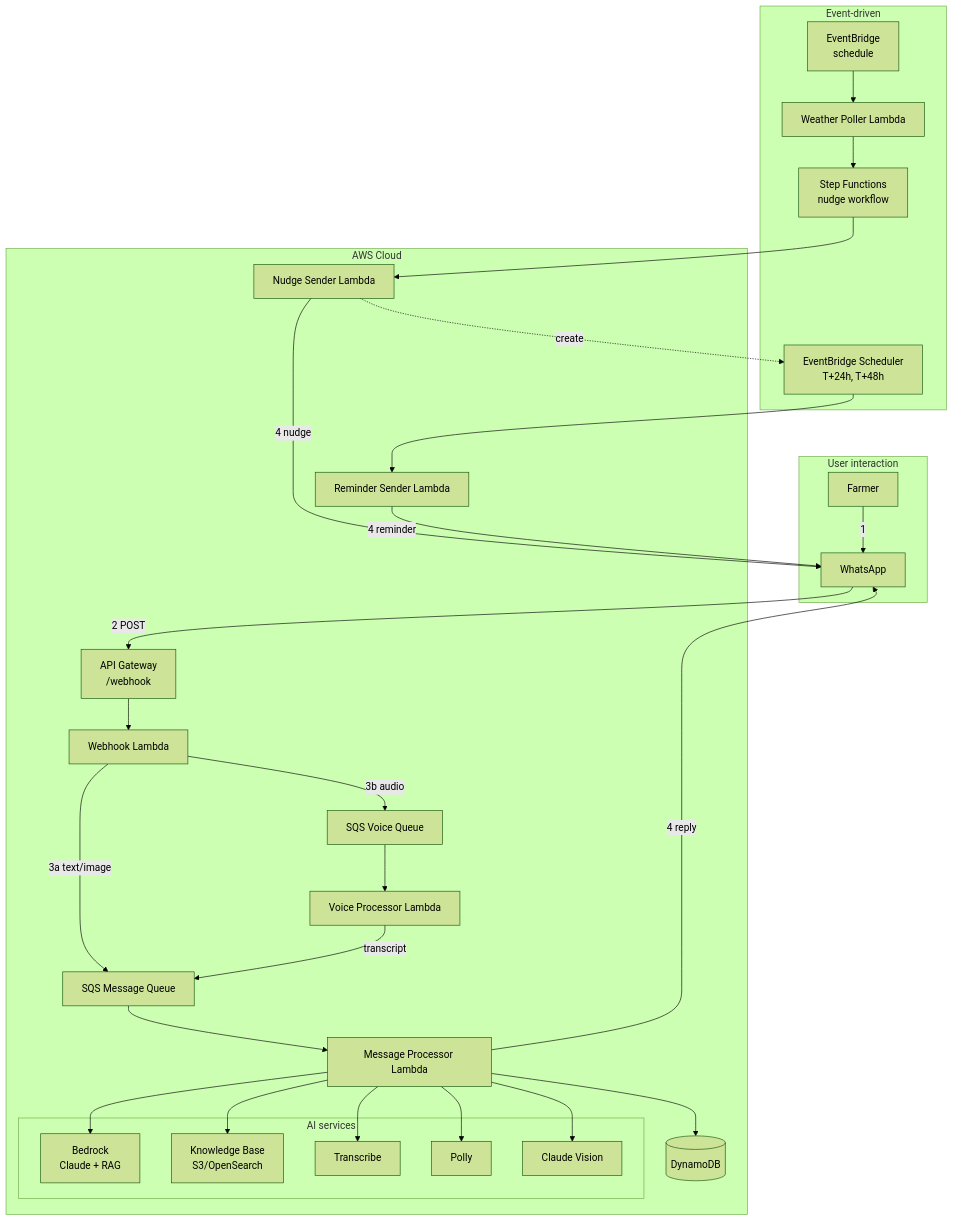
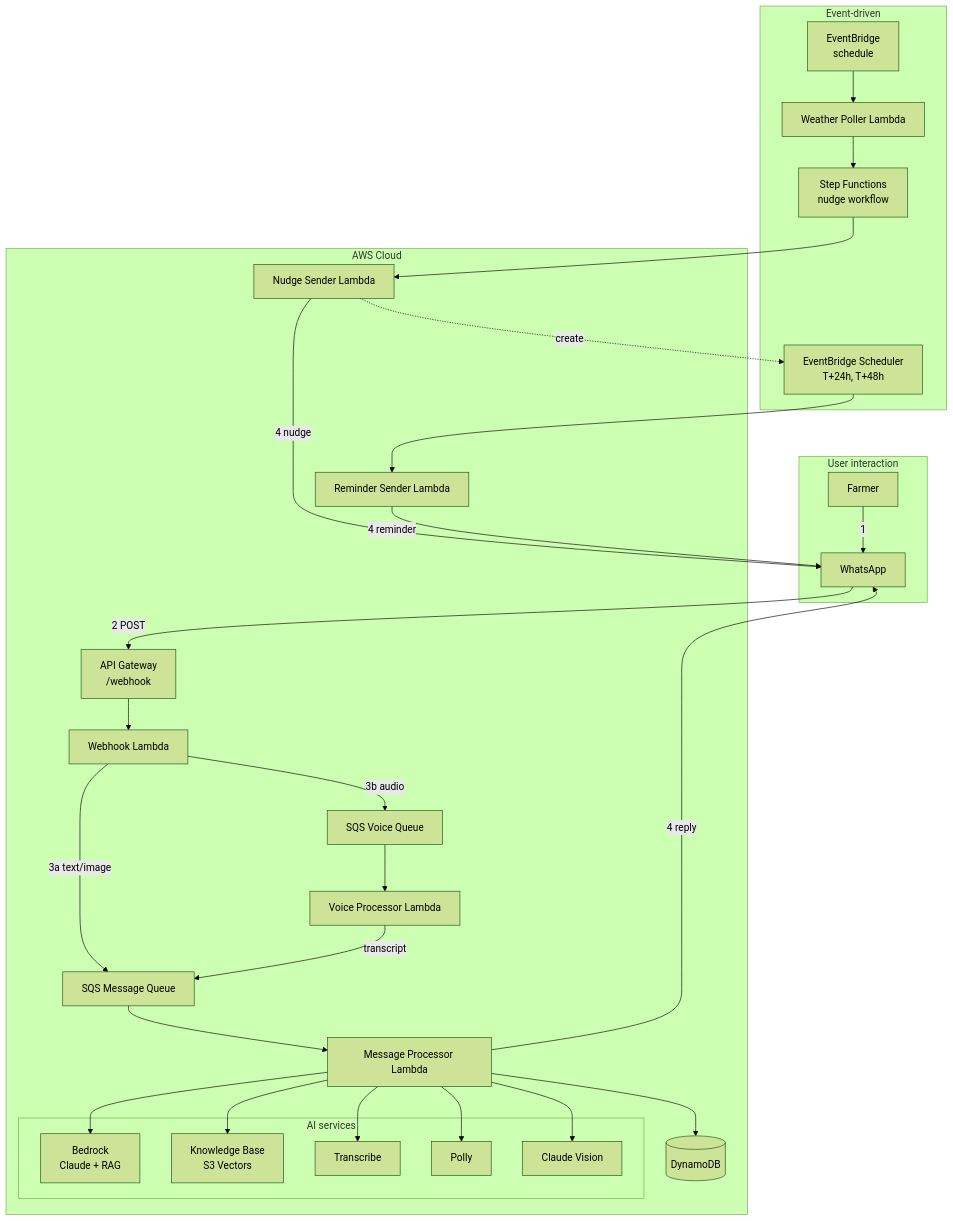
Before and after one commit to prasadt1/agrinexus-ai: the first of 7 diagrams in architecture/diagrams.md, drawn with Mermaid (forest theme). The commit also changed other lines of this file and 1 other file, not shown here.

First line of the commit message:
Update architecture docs: S3 vectors migration and nudge expiry flow

````diff
--- a/architecture/diagrams.md
+++ b/architecture/diagrams.md
@@ -9,50 +9,50 @@
 ```mermaid
 flowchart TB
     subgraph User["User interaction"]
         Farmer[Farmer]
         WA[WhatsApp]
     end
     Farmer -->|1| WA
 
     subgraph AWS["AWS Cloud"]
         API[API Gateway\n/webhook]
         WH[Webhook Lambda]
         MQ[SQS Message Queue]
         VQ[SQS Voice Queue]
         Proc[Message Processor Lambda]
         VoiceProc[Voice Processor Lambda]
         DDB[(DynamoDB)]
         subgraph AI["AI services"]
             Bedrock[Bedrock\nClaude + RAG]
-            KB[Knowledge Base\nS3/OpenSearch]
+            KB[Knowledge Base\nS3 Vectors]
             Transcribe[Transcribe]
             Polly[Polly]
             Vision[Claude Vision]
         end
         NudgeSend[Nudge Sender Lambda]
         RemindSend[Reminder Sender Lambda]
     end
 
     WA -->|2 POST| API --> WH
     WH -->|3a text/image| MQ --> Proc
     WH -->|3b audio| VQ --> VoiceProc
     VoiceProc -->|transcript| MQ
     Proc --> DDB
     Proc --> Bedrock
     Proc --> KB
     Proc --> Vision
     Proc --> Transcribe
     Proc --> Polly
     Proc -->|4 reply| WA
     NudgeSend -->|4 nudge| WA
     RemindSend -->|4 reminder| WA
 
     subgraph Event["Event-driven"]
         EB[EventBridge\nschedule]
         Poll[Weather Poller Lambda]
         SF[Step Functions\nnudge workflow]
         EBS[EventBridge Scheduler\nT+24h, T+48h]
     end
     EB --> Poll --> SF --> NudgeSend
     NudgeSend -.->|create| EBS --> RemindSend
 ```
````
